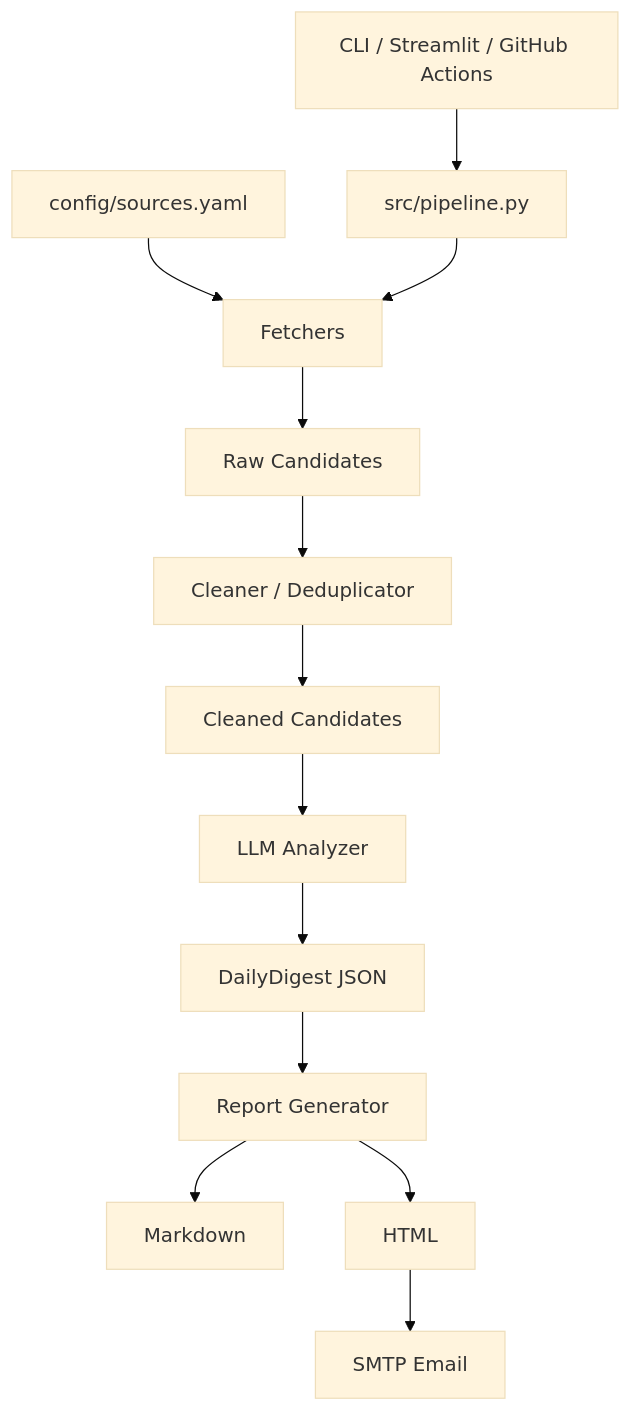
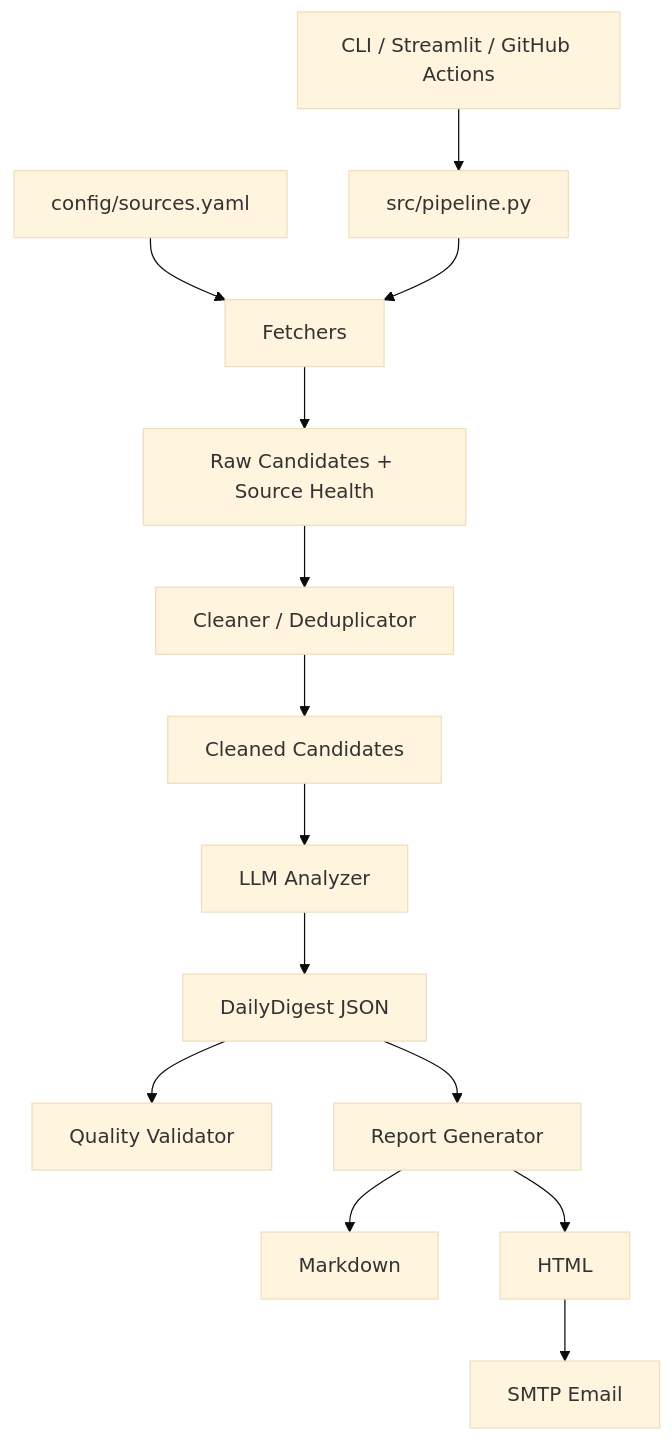
The diagram in README.md (AAA354544/ai-news-digest-agent), drawn with Mermaid (base theme) before and after one commit. The commit also changed other lines of this file and 25 other files, not shown here.

Commit message:
Improve digest quality, source health, and showcase polish

````diff
--- a/README.md
+++ b/README.md
@@ -21,15 +25,16 @@
 ```mermaid
 flowchart TD
     A[config/sources.yaml] --> B[Fetchers]
-    B --> C[Raw Candidates]
+    B --> C[Raw Candidates + Source Health]
     C --> D[Cleaner / Deduplicator]
     D --> E[Cleaned Candidates]
     E --> F[LLM Analyzer]
     F --> G[DailyDigest JSON]
+    G --> Q[Quality Validator]
     G --> H[Report Generator]
     H --> I[Markdown]
     H --> J[HTML]
     J --> K[SMTP Email]
     L[CLI / Streamlit / GitHub Actions] --> M[src/pipeline.py]
     M --> B
 ```
````
